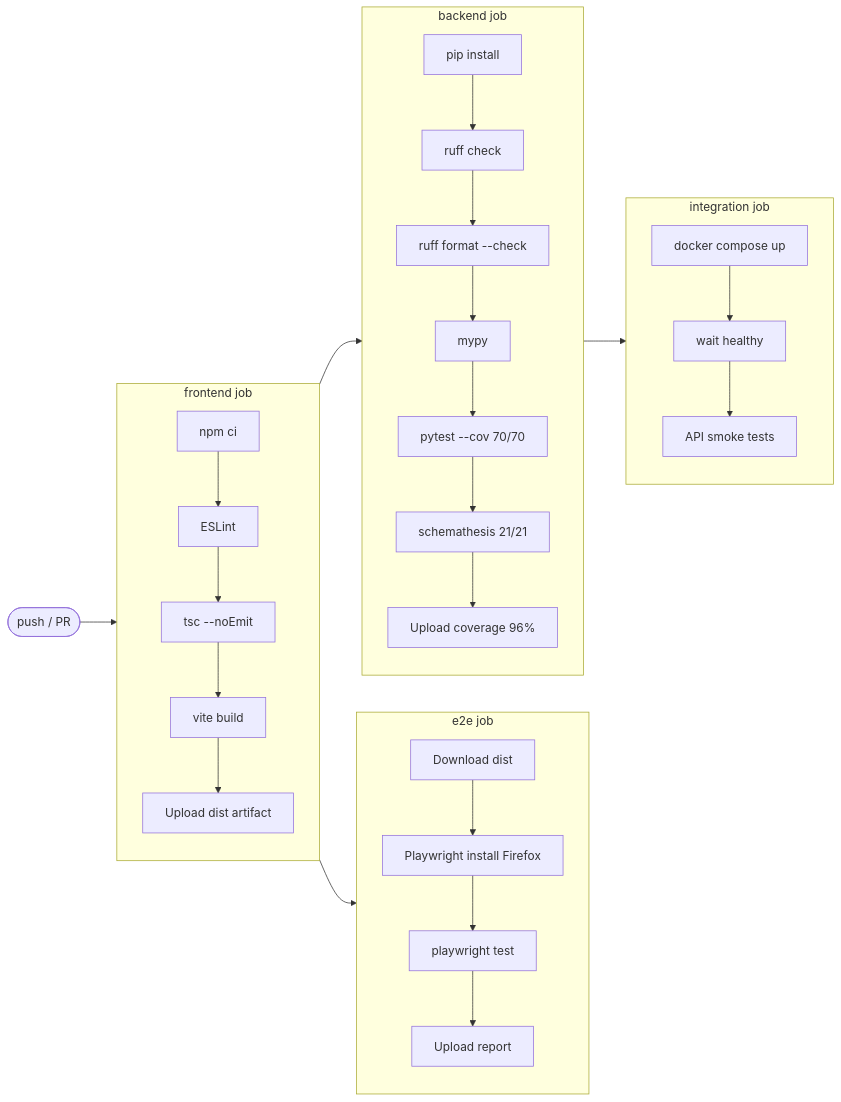
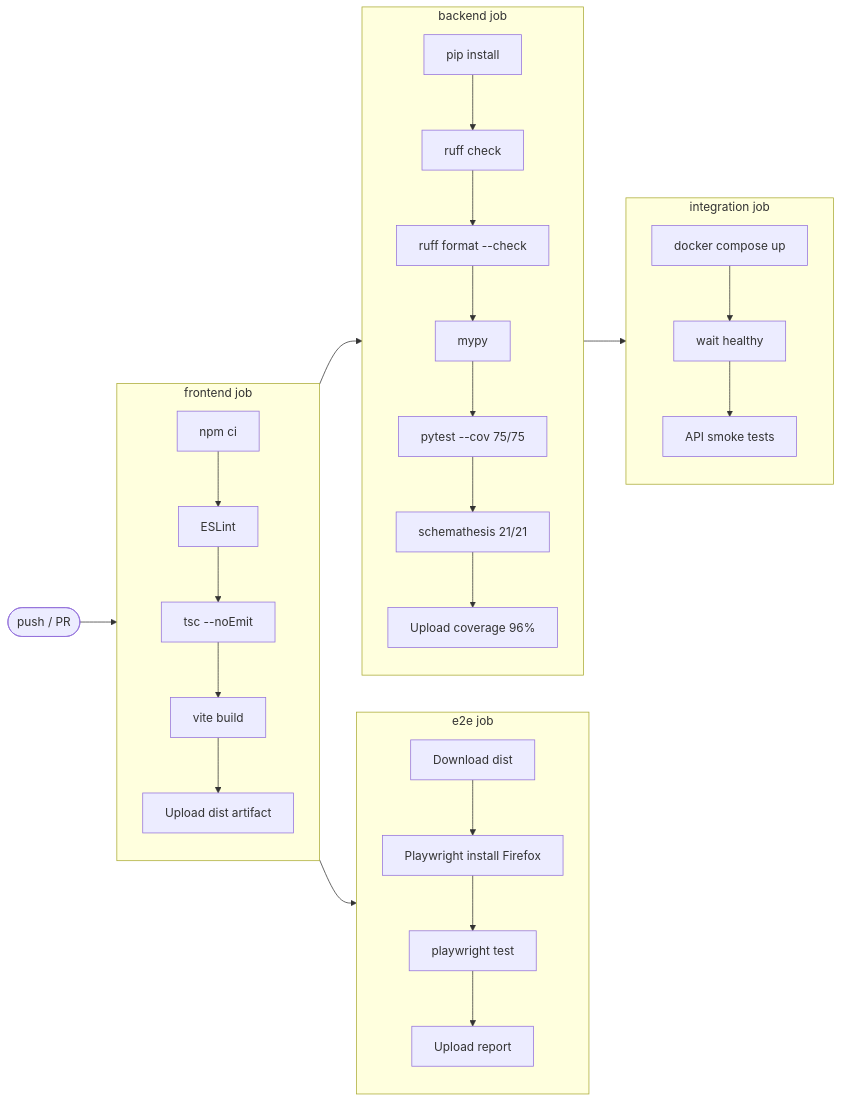
One commit to Kensan196948G/ArcSphere3D changed the second of 3 diagrams in README.md. Above: the diagram before and after it, drawn with Mermaid. The commit also changed other lines of this file and 6 other files, not shown here.

````diff
--- a/README.md
+++ b/README.md
@@ -139,35 +139,35 @@
 ```mermaid
 flowchart LR
     A([push / PR]) --> F
 
     subgraph F["frontend job"]
         F1[npm ci] --> F2[ESLint]
         F2 --> F3[tsc --noEmit]
         F3 --> F4[vite build]
         F4 --> F5[Upload dist artifact]
     end
 
     subgraph E["e2e job"]
         E1[Download dist] --> E2[Playwright install Firefox]
         E2 --> E3[playwright test]
         E3 --> E4[Upload report]
     end
 
     subgraph B["backend job"]
         B1[pip install] --> B2[ruff check]
         B2 --> B3[ruff format --check]
         B3 --> B4[mypy]
-        B4 --> B5[pytest --cov 70/70]
+        B4 --> B5[pytest --cov 75/75]
         B5 --> B6[schemathesis 21/21]
         B6 --> B7[Upload coverage 96%]
     end
 
     subgraph I["integration job"]
         I1[docker compose up] --> I2[wait healthy]
         I2 --> I3[API smoke tests]
     end
 
     F --> E
     F --> B
     B --> I
 ```
````
